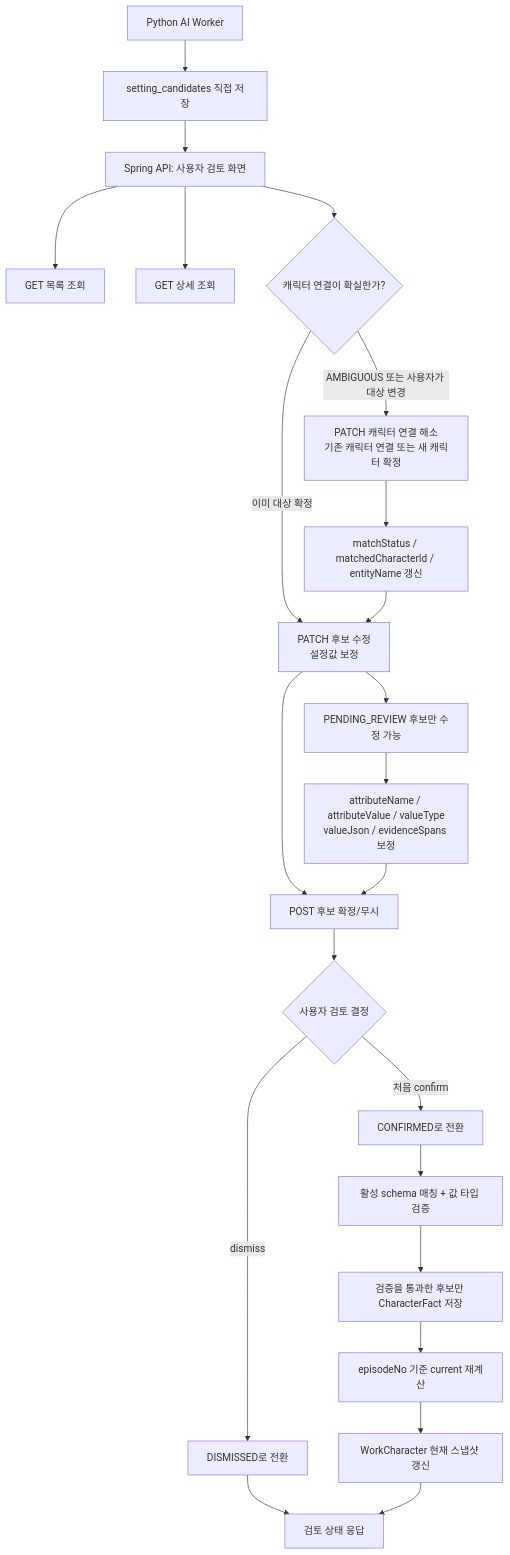
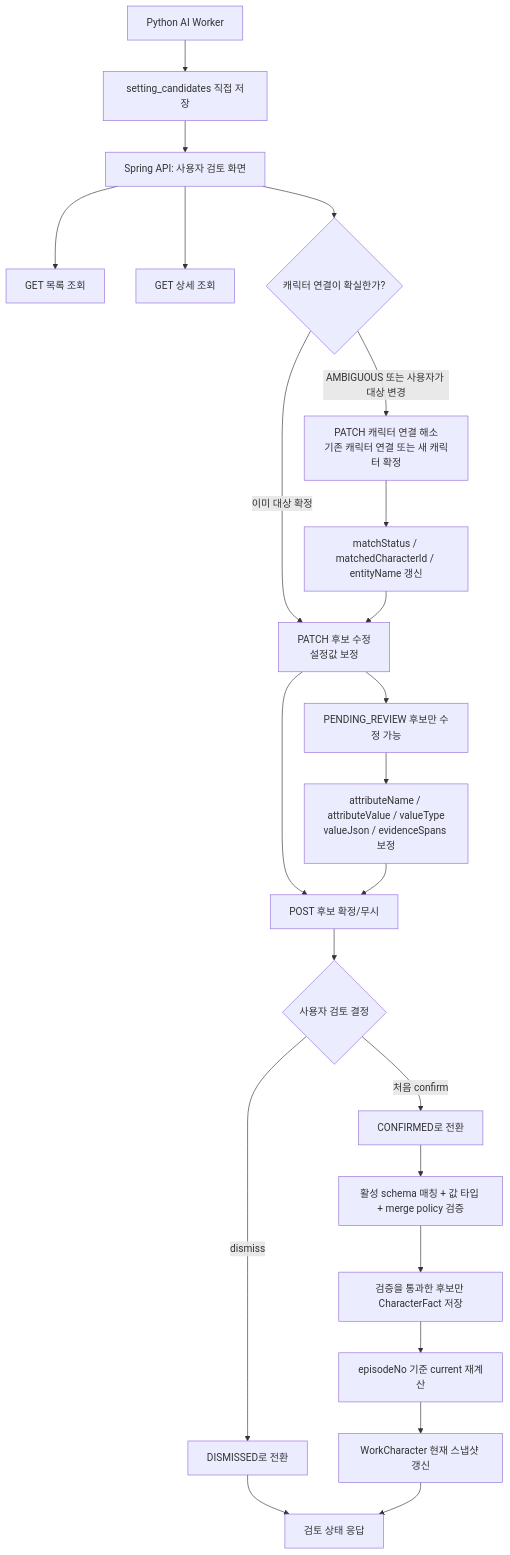
One commit to catchhole-soma/catchhole-backend-java changed the first of 7 diagrams in docs/character.md. Above: the diagram before and after it, drawn with Mermaid. The commit also changed other lines of this file and 4 other files, not shown here.

````diff
--- a/docs/character.md
+++ b/docs/character.md
@@ -425,27 +444,27 @@
 ```mermaid
 flowchart TD
     A["Python AI Worker"] --> B["setting_candidates 직접 저장"]
     B --> C["Spring API: 사용자 검토 화면"]
 
     C --> D["GET 목록 조회"]
     C --> E["GET 상세 조회"]
     C --> M{"캐릭터 연결이 확실한가?"}
     M -->|"AMBIGUOUS 또는 사용자가 대상 변경"| N["PATCH 캐릭터 연결 해소<br/>기존 캐릭터 연결 또는 새 캐릭터 확정"]
     M -->|"이미 대상 확정"| F["PATCH 후보 수정<br/>설정값 보정"]
     N --> O["matchStatus / matchedCharacterId / entityName 갱신"]
     O --> F
     F --> G["POST 후보 확정/무시"]
 
     F --> H["PENDING_REVIEW 후보만 수정 가능"]
     H --> P["attributeName / attributeValue / valueType<br/>valueJson / evidenceSpans 보정"]
     P --> G
     G --> I{"사용자 검토 결정"}
     I -->|"처음 confirm"| I1["CONFIRMED로 전환"]
     I -->|"dismiss"| I2["DISMISSED로 전환"]
-    I1 --> V["활성 schema 매칭 + 값 타입 검증"]
+    I1 --> V["활성 schema 매칭 + 값 타입 + merge policy 검증"]
     V --> J["검증을 통과한 후보만 CharacterFact 저장"]
     J --> K["episodeNo 기준 current 재계산"]
     K --> L["WorkCharacter 현재 스냅샷 갱신"]
     I2 --> R["검토 상태 응답"]
     L --> R
 ```
````
